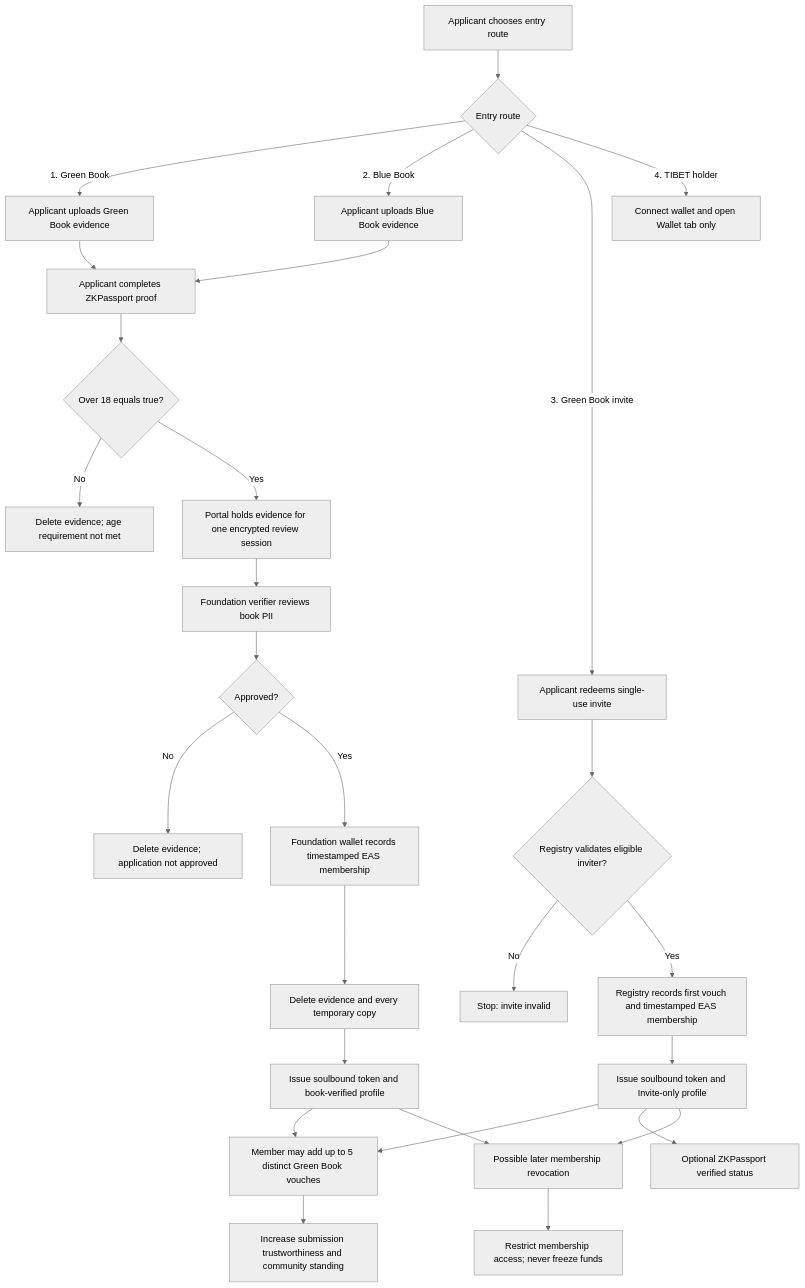
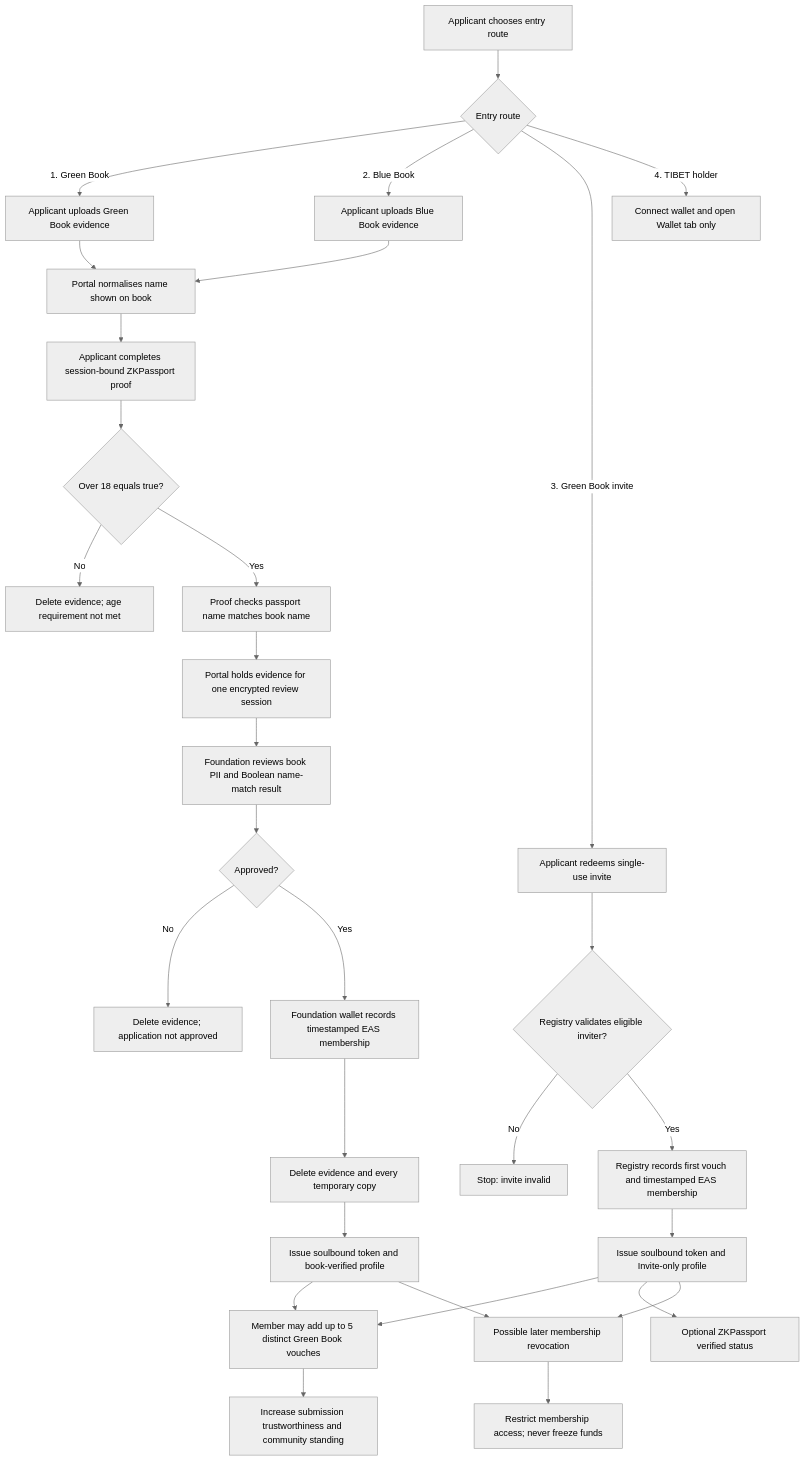
Before and after one commit to AlexJupiter/tibetan-id: the first of 6 diagrams in README.md, drawn with Mermaid (neutral theme). The commit also changed other lines of this file, not shown here.

Commit message:
Add private ZKPassport name matching

````diff
--- a/README.md
+++ b/README.md
@@ -10,34 +10,36 @@
 ```mermaid
 flowchart TD
     A[Applicant chooses entry route] --> B{Entry route}
 
     B -->|1. Green Book| C[Applicant uploads Green Book evidence]
     B -->|2. Blue Book| D[Applicant uploads Blue Book evidence]
-    C --> E[Applicant completes ZKPassport proof]
+    C --> E[Portal normalises name shown on book]
     D --> E
-    E --> F{Over 18 equals true?}
+    E --> E0[Applicant completes session-bound ZKPassport proof]
+    E0 --> F{Over 18 equals true?}
     F -->|No| F0[Delete evidence; age requirement not met]
-    F -->|Yes| G[Portal holds evidence for one encrypted review session]
-    G --> H[Foundation verifier reviews book PII]
+    F -->|Yes| F1[Proof checks passport name matches book name]
+    F1 --> G[Portal holds evidence for one encrypted review session]
+    G --> H[Foundation reviews book PII and Boolean name-match result]
     H --> I{Approved?}
     I -->|No| I0[Delete evidence; application not approved]
     I -->|Yes| J[Foundation wallet records timestamped EAS membership]
 
     B -->|3. Green Book invite| K[Applicant redeems single-use invite]
     K --> L{Registry validates eligible inviter?}
     L -->|No| L0[Stop: invite invalid]
     L -->|Yes| M[Registry records first vouch and timestamped EAS membership]
 
     B -->|4. TIBET holder| N[Connect wallet and open Wallet tab only]
 
     J --> J0[Delete evidence and every temporary copy]
     J0 --> O[Issue soulbound token and book-verified profile]
     M --> P[Issue soulbound token and Invite-only profile]
     O --> Q[Member may add up to 5 distinct Green Book vouches]
     P --> Q
     P --> R[Optional ZKPassport verified status]
     Q --> S[Increase submission trustworthiness and community standing]
     O --> T[Possible later membership revocation]
     P --> T
     T --> U[Restrict membership access; never freeze funds]
 ```
````
